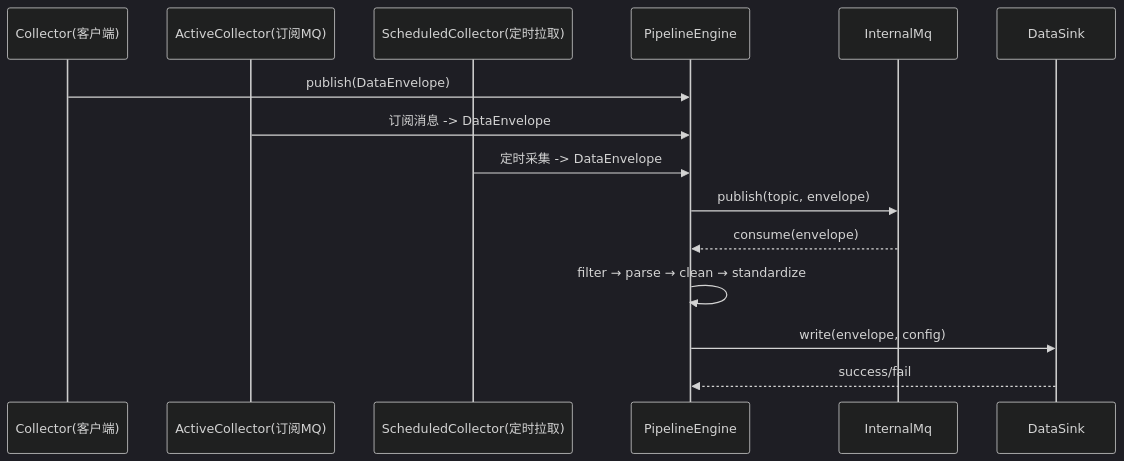
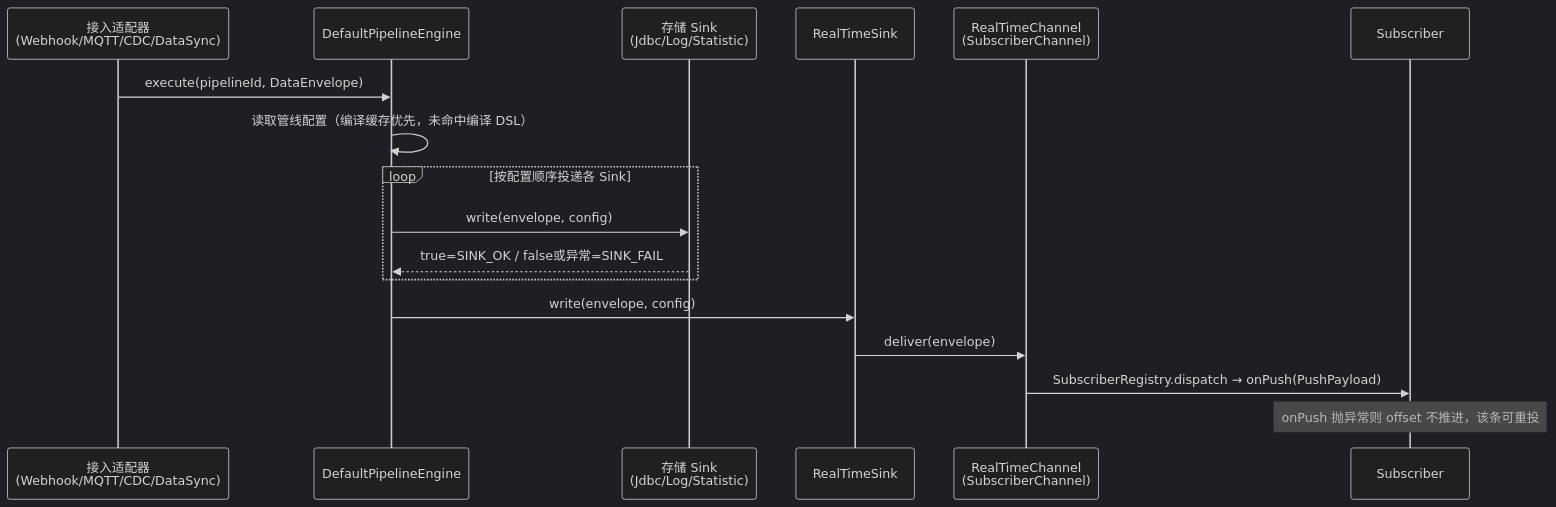
Before and after one commit to CHTK001/utils-support-parent-starter: the second of 2 diagrams in utils-support-datalake-parent/README.md, drawn with Mermaid (dark theme). The commit also changed other lines of this file and 34 other files, not shown here.

````diff
--- a/utils-support-datalake-parent/README.md
+++ b/utils-support-datalake-parent/README.md
@@ -82,18 +103,20 @@
 ```mermaid
 sequenceDiagram
-    participant C as Collector(客户端)
-    participant AC as ActiveCollector(订阅MQ)
-    participant SC as ScheduledCollector(定时拉取)
-    participant PE as PipelineEngine
-    participant MQ as InternalMq
-    participant SK as DataSink
+    participant IN as 接入适配器<br/>(Webhook/MQTT/CDC/DataSync)
+    participant PE as DefaultPipelineEngine
+    participant SK as 存储 Sink<br/>(Jdbc/Log/Statistic)
+    participant RTS as RealTimeSink
+    participant CH as RealTimeChannel<br/>(SubscriberChannel)
+    participant SUB as Subscriber
 
-    C->>PE: publish(DataEnvelope)
-    AC->>PE: 订阅消息 -> DataEnvelope
-    SC->>PE: 定时采集 -> DataEnvelope
-    PE->>MQ: publish(topic, envelope)
-    MQ-->>PE: consume(envelope)
-    PE->>PE: filter → parse → clean → standardize
-    PE->>SK: write(envelope, config)
-    SK-->>PE: success/fail
+    IN->>PE: execute(pipelineId, DataEnvelope)
+    PE->>PE: 读取管线配置（编译缓存优先，未命中编译 DSL）
+    loop 按配置顺序投递各 Sink
+        PE->>SK: write(envelope, config)
+        SK-->>PE: true=SINK_OK / false或异常=SINK_FAIL
+    end
+    PE->>RTS: write(envelope, config)
+    RTS->>CH: deliver(envelope)
+    CH->>SUB: SubscriberRegistry.dispatch → onPush(PushPayload)
+    Note over SUB: onPush 抛异常则 offset 不推进，该条可重投
 ```
````
